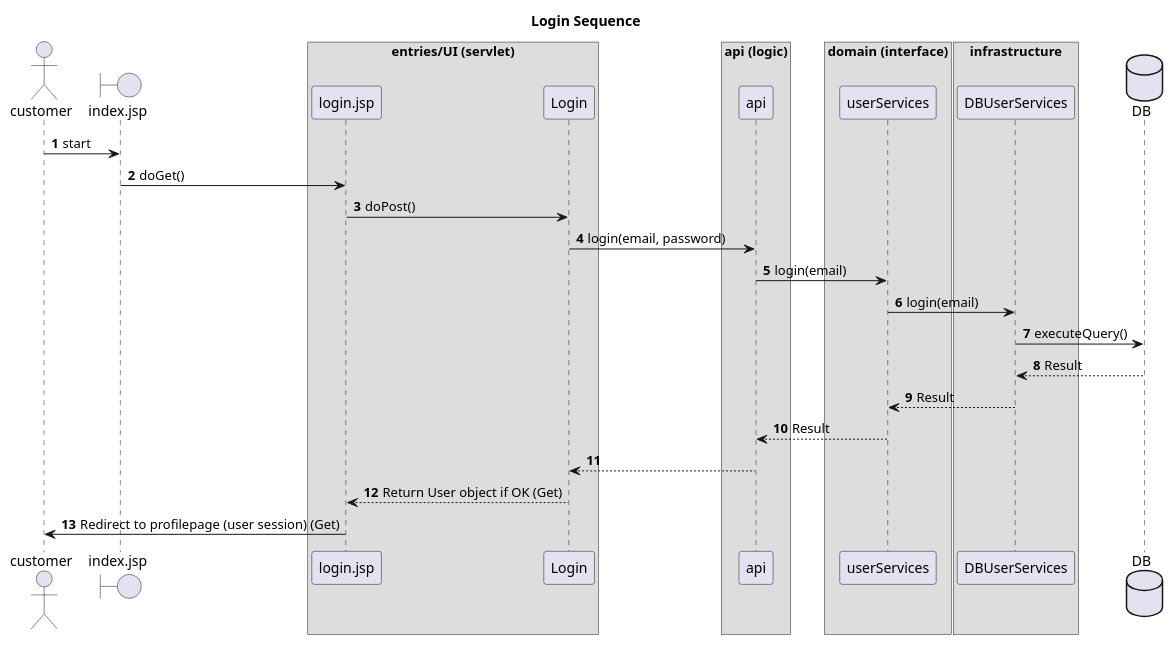
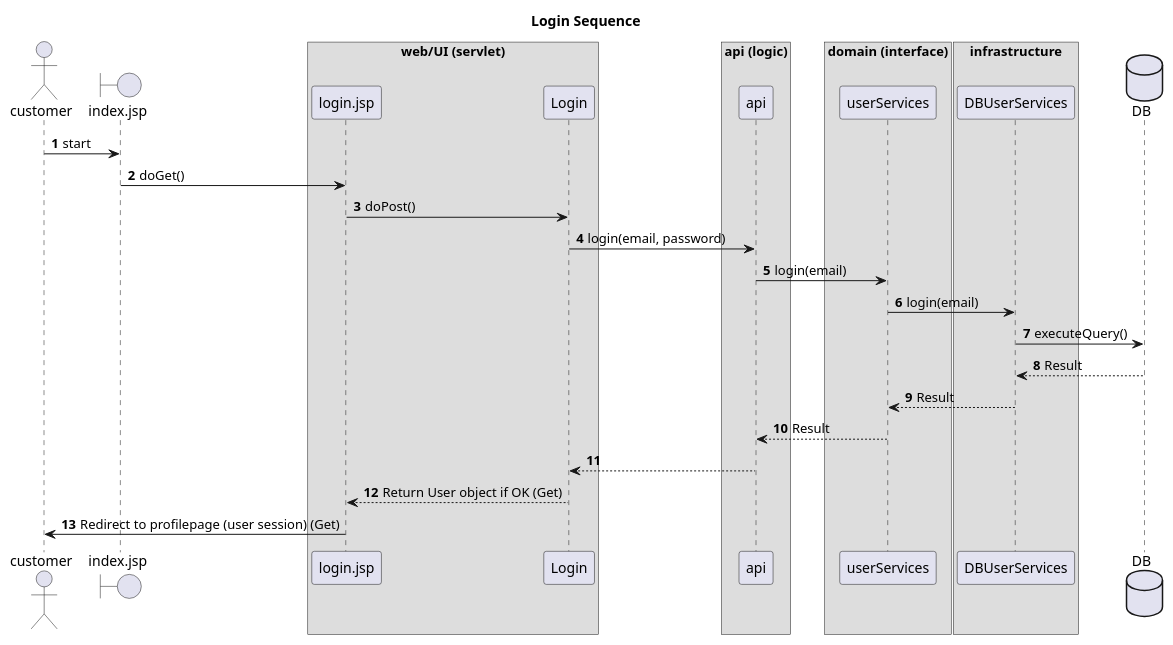
Before and after one commit to codergram/Fog: the diagram in Documentation/UML/Login_Sequence.puml, drawn with PlantUML. The commit also changed 19 other files, not shown here.

```diff
--- a/Documentation/UML/Login_Sequence.puml
+++ b/Documentation/UML/Login_Sequence.puml
@@ -1,47 +1,47 @@
 @startuml
 
 autonumber
 Title Login Sequence
 actor customer
 
 boundary index.jsp
 
 customer -> index.jsp: start
 '== Initialization ==
 
-box entries/UI (servlet)
+box web/UI (servlet)
 index.jsp -> login.jsp:doGet()
 
 login.jsp -> Login: doPost()
 end box
 
 
 box api (logic)
 Login -> api:login(email, password)
 end box
 
 box domain (interface)
 api -> userServices:login(email)
 end box
 
 box infrastructure
 userServices -> DBUserServices:login(email)
 end box
 
 database DB
 '== Validation user ==
 DBUserServices -> DB:executeQuery()
 
 
 
 DB --> DBUserServices:Result
 DBUserServices --> userServices:Result
 userServices --> api:Result
 '== Exception og keep validating user ==
 api --> Login
 Login --> login.jsp:Return User object if OK (Get)
 '== Validation complete, return User and redirect ==
 login.jsp -> customer:Redirect to profilepage (user session) (Get)
 
 
 @enduml
```
